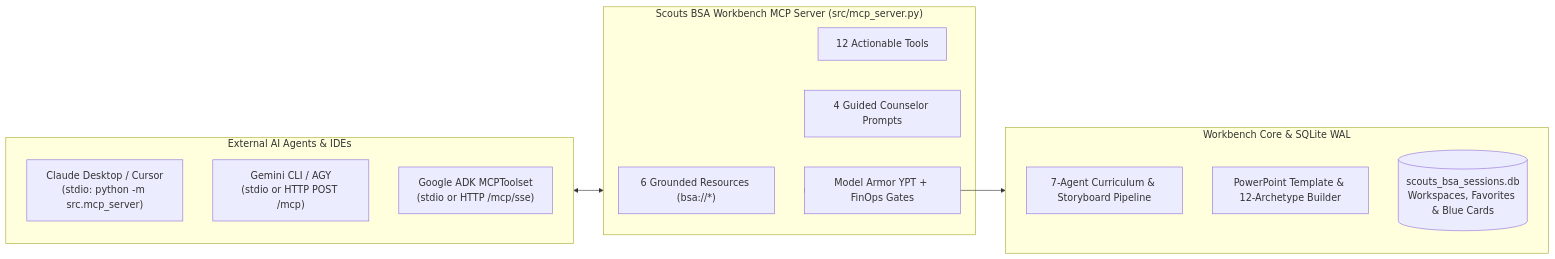
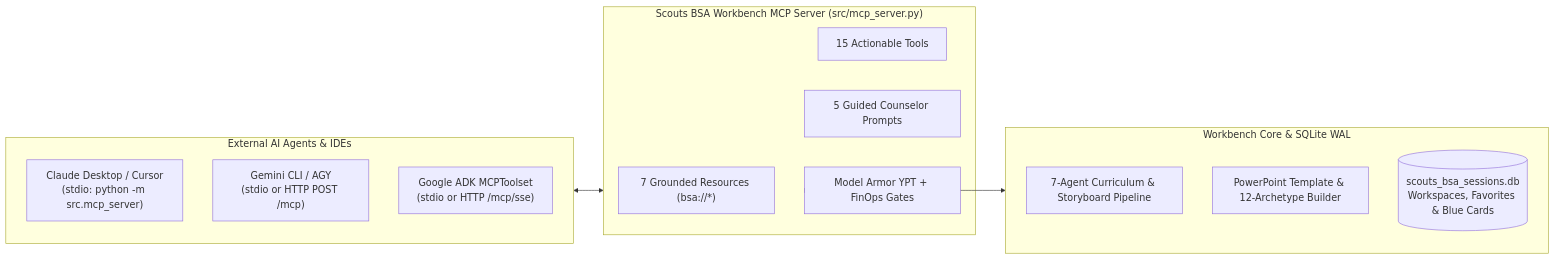
One commit to clayberg/scouts-bsa-merit-badge-agent changed the diagram in docs/MCP_SERVER_INTEGRATION_GUIDE.md. Above: the diagram before and after it, drawn with Mermaid. The commit also changed other lines of this file and 698 other files, not shown here.

````diff
--- a/docs/MCP_SERVER_INTEGRATION_GUIDE.md
+++ b/docs/MCP_SERVER_INTEGRATION_GUIDE.md
@@ -15,24 +15,24 @@
 ```mermaid
 flowchart LR
     subgraph Clients["External AI Agents & IDEs"]
         C1["Claude Desktop / Cursor\n(stdio: python -m src.mcp_server)"]
         C2["Gemini CLI / AGY\n(stdio or HTTP POST /mcp)"]
         C3["Google ADK MCPToolset\n(stdio or HTTP /mcp/sse)"]
     end
 
     subgraph Server["Scouts BSA Workbench MCP Server (src/mcp_server.py)"]
-        R["6 Grounded Resources (bsa://*)"]
-        T["12 Actionable Tools"]
-        P["4 Guided Counselor Prompts"]
+        R["7 Grounded Resources (bsa://*)"]
+        T["15 Actionable Tools"]
+        P["5 Guided Counselor Prompts"]
         G["Model Armor YPT + FinOps Gates"]
     end
 
     subgraph Engine["Workbench Core & SQLite WAL"]
         ADK["7-Agent Curriculum & Storyboard Pipeline"]
         PPTX["PowerPoint Template & 12-Archetype Builder"]
         DB[("scouts_bsa_sessions.db\nWorkspaces, Favorites & Blue Cards")]
     end
 
     Clients <--> Server
     Server --> G --> Engine
 ```
````
